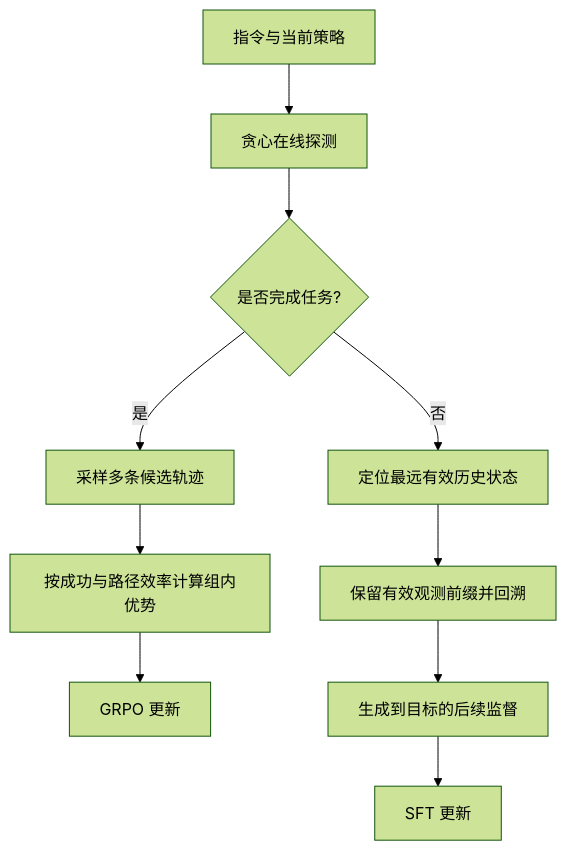
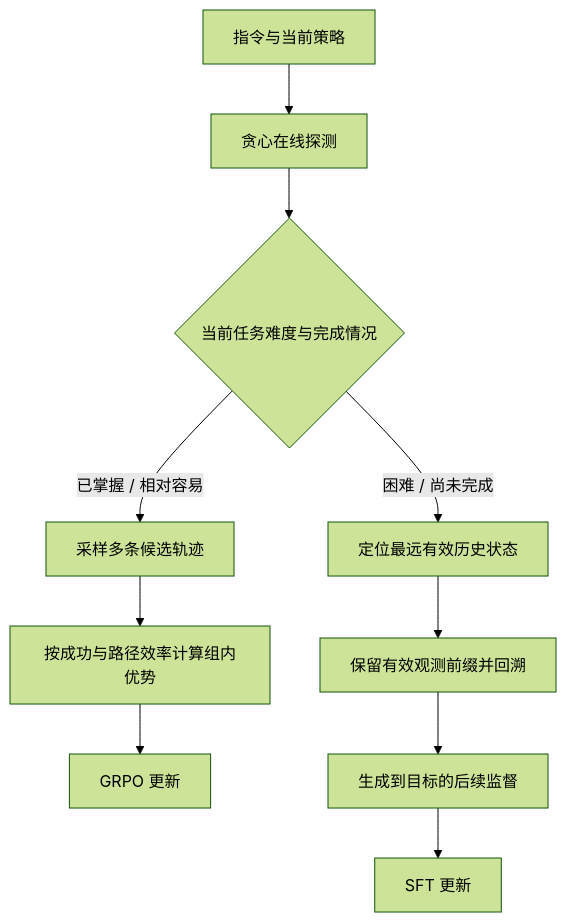
Before and after one commit to lezicaiczl/embodied-AI-research-summaries: the diagram in vln/online-nav-training.md, drawn with Mermaid (forest theme). The commit also changed other lines of this file and 7 other files, not shown here.

````diff
--- a/vln/online-nav-training.md
+++ b/vln/online-nav-training.md
@@ -7,12 +7,12 @@
 ```mermaid
 flowchart TD
   A[指令与当前策略] --> B[贪心在线探测]
-  B --> C{是否完成任务?}
-  C -->|是| D[采样多条候选轨迹]
+  B --> C{当前任务难度与完成情况}
+  C -->|已掌握 / 相对容易| D[采样多条候选轨迹]
   D --> E[按成功与路径效率计算组内优势]
   E --> F[GRPO 更新]
-  C -->|否| G[定位最远有效历史状态]
+  C -->|困难 / 尚未完成| G[定位最远有效历史状态]
   G --> H[保留有效观测前缀并回溯]
   H --> I[生成到目标的后续监督]
   I --> J[SFT 更新]
 ```
````
